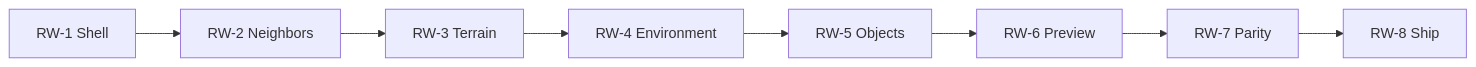
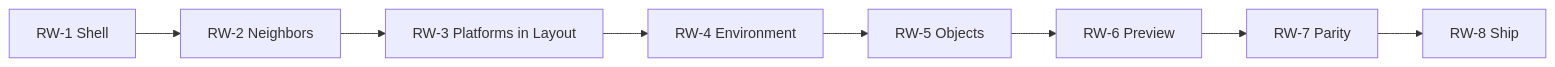
The diagram in docs/room-wizard-implementation-sprints.md (tim-a-wood/tim-a-wood.github.io), drawn with Mermaid before and after one commit. The commit also changed other lines of this file and 3 other files, not shown here.

First line of the commit message:
Room wizard: merge Layout and Terrain into one phase

````diff
--- a/docs/room-wizard-implementation-sprints.md
+++ b/docs/room-wizard-implementation-sprints.md
@@ -281,10 +281,10 @@
 ```mermaid
 flowchart LR
   RW1[RW-1 Shell] --> RW2[RW-2 Neighbors]
-  RW2 --> RW3[RW-3 Terrain]
+  RW2 --> RW3[RW-3 Platforms in Layout]
   RW3 --> RW4[RW-4 Environment]
   RW4 --> RW5[RW-5 Objects]
   RW5 --> RW6[RW-6 Preview]
   RW6 --> RW7[RW-7 Parity]
   RW7 --> RW8[RW-8 Ship]
 ```
````
